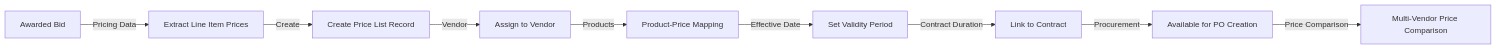
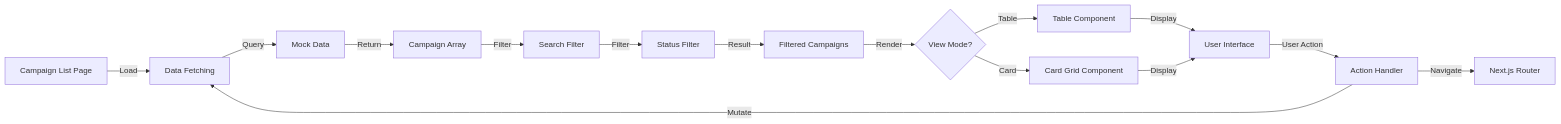
The tenth of 23 diagrams in docs/app/vendor-management/requests-for-pricing/FD-requests-for-pricing.md (CarmenSoftware-organization/carmen), drawn with Mermaid before and after one commit. The commit also changed other lines of this file and 1788 other files, not shown here.

````diff
--- a/docs/app/vendor-management/requests-for-pricing/FD-requests-for-pricing.md
+++ b/docs/app/vendor-management/requests-for-pricing/FD-requests-for-pricing.md
@@ -1726,11 +402,21 @@
 ```mermaid
-graph LR
-    AwardedBid[Awarded Bid] -->|Pricing Data| ExtractPrices[Extract Line Item Prices]
-    ExtractPrices -->|Create| PriceListRecord[Create Price List Record]
-    PriceListRecord -->|Vendor| AssignVendor[Assign to Vendor]
-    AssignVendor -->|Products| ProductPrices[Product-Price Mapping]
-    ProductPrices -->|Effective Date| ValidityPeriod[Set Validity Period]
-    ValidityPeriod -->|Contract Duration| LinkContract[Link to Contract]
-    LinkContract -->|Procurement| AvailableForPO[Available for PO Creation]
-    AvailableForPO -->|Price Comparison| MultiVendorPricing[Multi-Vendor Price Comparison]
+flowchart LR
+    Page[Campaign List Page] -->|Load| DataFetch[Data Fetching]
+    DataFetch -->|Query| MockData[Mock Data]
+    MockData -->|Return| CampaignArray[Campaign Array]
+
+    CampaignArray -->|Filter| SearchFilter[Search Filter]
+    SearchFilter -->|Filter| StatusFilter[Status Filter]
+    StatusFilter -->|Result| FilteredData[Filtered Campaigns]
+
+    FilteredData -->|Render| ViewCheck{View Mode?}
+    ViewCheck -->|Table| TableView[Table Component]
+    ViewCheck -->|Card| CardView[Card Grid Component]
+
+    TableView -->|Display| UI[User Interface]
+    CardView -->|Display| UI
+
+    UI -->|User Action| ActionHandler[Action Handler]
+    ActionHandler -->|Navigate| Router[Next.js Router]
+    ActionHandler -->|Mutate| DataFetch
 ```
````
